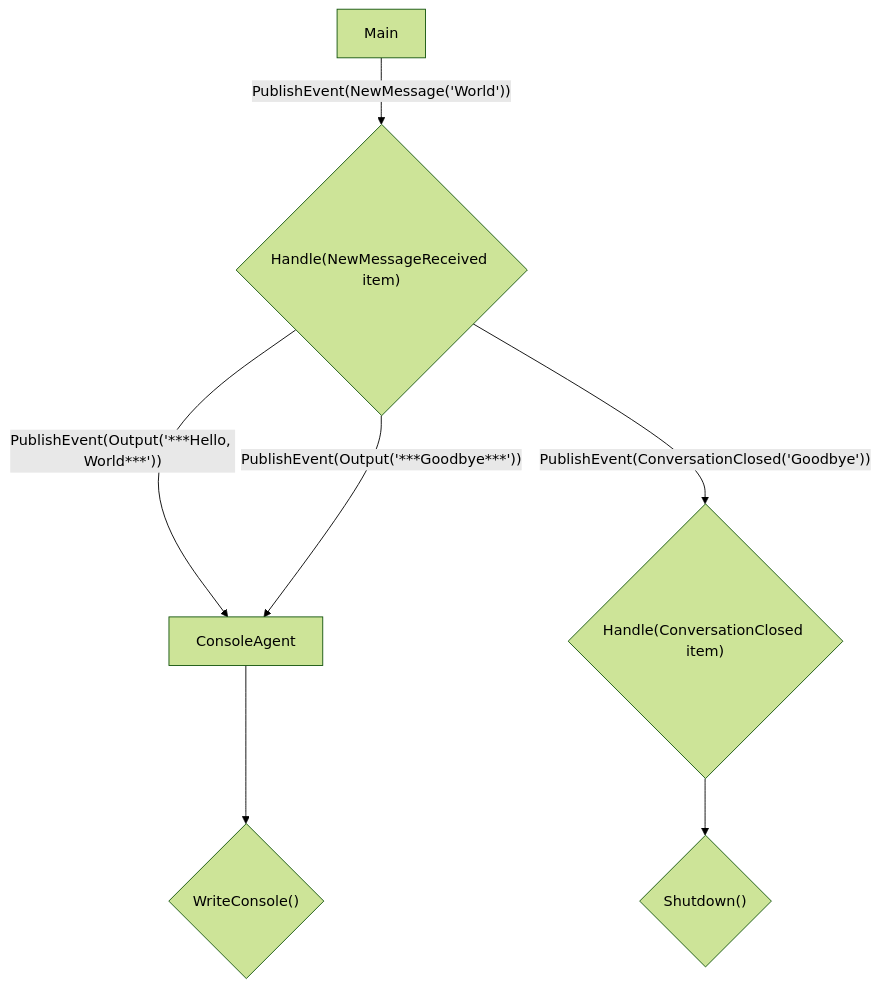
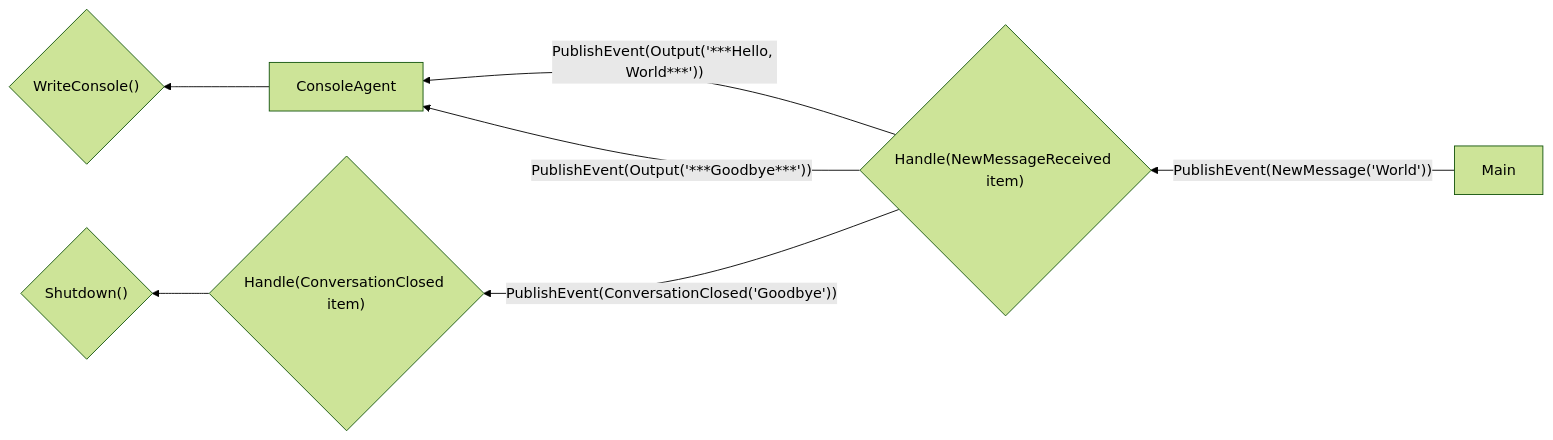
Before and after one commit to microsoft/autogen: the diagram in dotnet/samples/Hello/README.md, drawn with Mermaid.

Commit message:
right to left

````diff
--- a/dotnet/samples/Hello/README.md
+++ b/dotnet/samples/Hello/README.md
@@ -25,11 +25,11 @@
 ```mermaid
 %%{init: {'theme':'forest'}}%%
-graph TD;
+graph RL;
     A[Main] --> |"PublishEvent(NewMessage('World'))"| B{"Handle(NewMessageReceived item)"}
     B --> |"PublishEvent(Output('***Hello, World***'))"| C[ConsoleAgent]
     C --> D{"WriteConsole()"}
     B --> |"PublishEvent(ConversationClosed('Goodbye'))"| E{"Handle(ConversationClosed item)"}
     B --> |"PublishEvent(Output('***Goodbye***'))"| C
     E --> F{"Shutdown()"}
 
 ```
````
